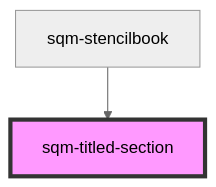
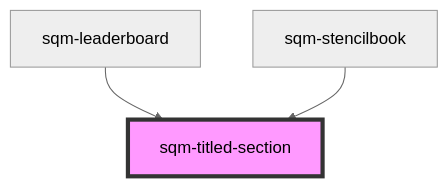
One commit to saasquatch/program-tools changed the diagram in packages/mint-components/src/components/sqm-titled-section/readme.md. Above: the diagram before and after it, drawn with Mermaid (neutral theme). The commit also changed other lines of this file and 18 other files, not shown here.

````diff
--- a/packages/mint-components/src/components/sqm-titled-section/readme.md
+++ b/packages/mint-components/src/components/sqm-titled-section/readme.md
@@ -25,5 +26,6 @@
 ```mermaid
 graph TD;
+  sqm-leaderboard --> sqm-titled-section
   sqm-stencilbook --> sqm-titled-section
   style sqm-titled-section fill:#f9f,stroke:#333,stroke-width:4px
 ```
````
